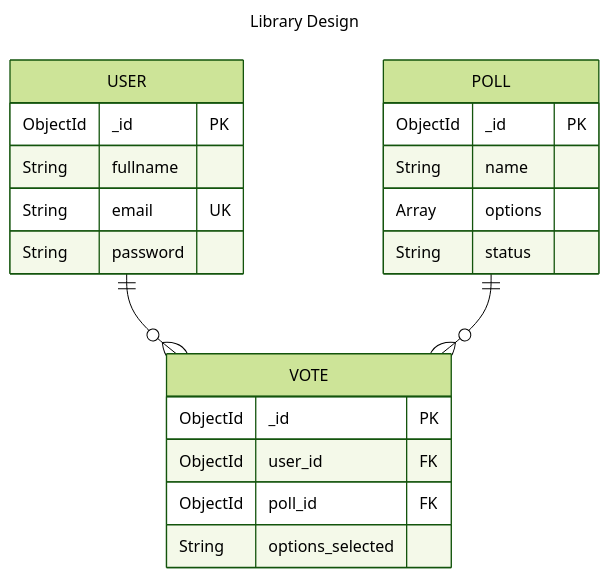
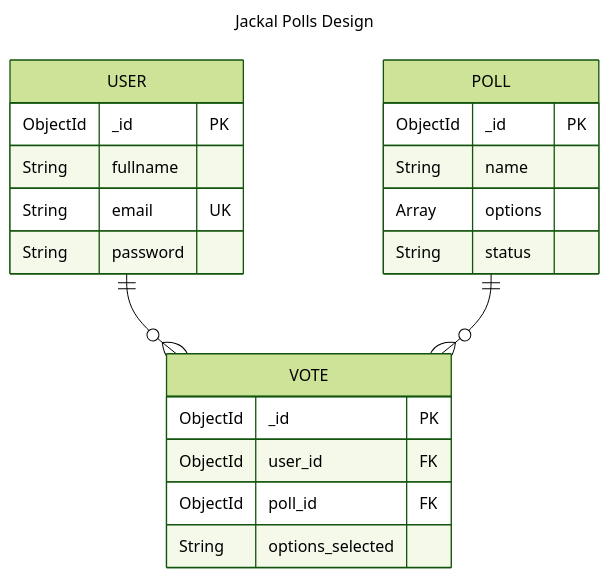
The diagram in db-design.md (DavidGuillenGarcia/jackal-polls), drawn with Mermaid (forest theme) before and after one commit.

````diff
--- a/db-design.md
+++ b/db-design.md
@@ -1,29 +1,29 @@
 ```mermaid
 ---
-title: Library Design
+title: Jackal Polls Design
 ---
 erDiagram
 
     USER {
         ObjectId _id  PK
         String fullname
         String email UK
         String password
     }
     POLL {
         ObjectId _id PK
         String name
         Array options
         String status
     }
     VOTE {
         ObjectId _id PK
         ObjectId user_id FK
         ObjectId poll_id FK
         String options_selected
     }
 
 
     USER ||--o{ VOTE : ""
     POLL ||--o{ VOTE : ""
 ```
````
